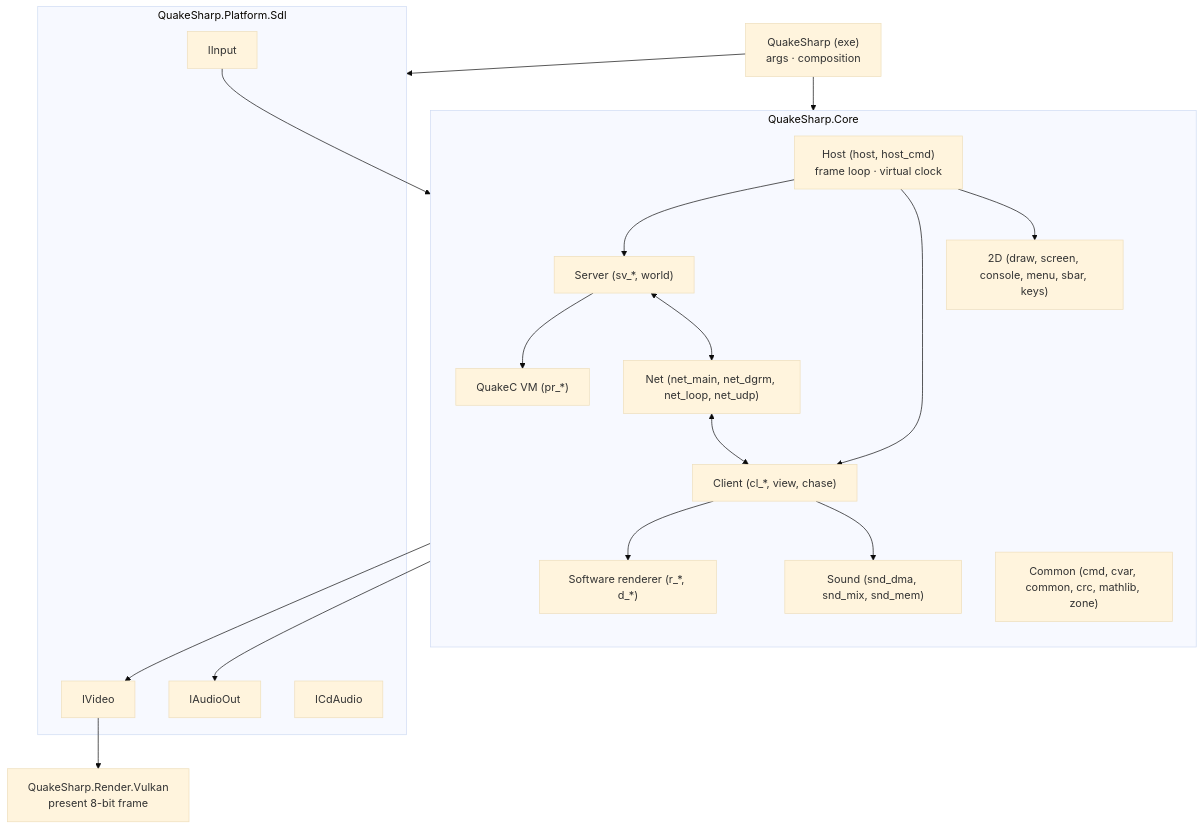
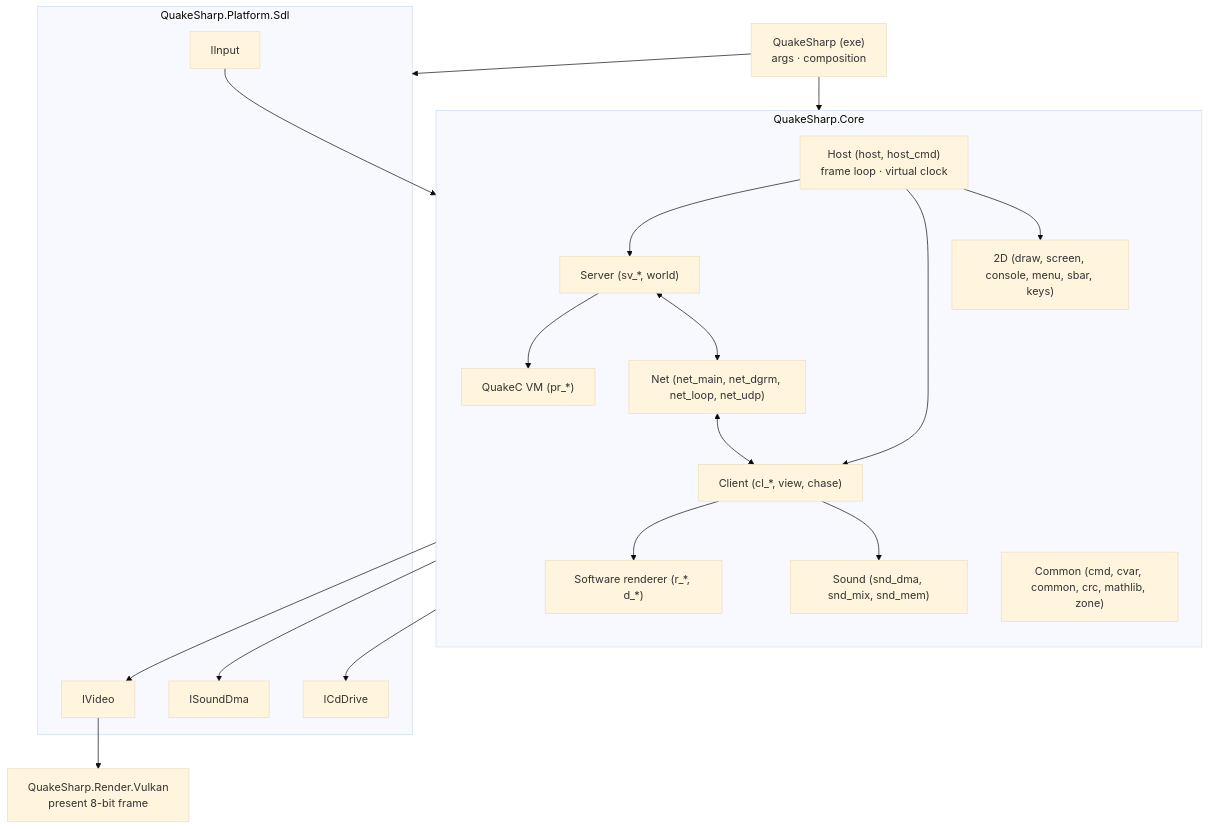
The diagram in design.md (MTurnhout/QuakeSharp), drawn with Mermaid (base theme) before and after one commit. The commit also changed other lines of this file, not shown here.

````diff
--- a/design.md
+++ b/design.md
@@ -197,32 +198,33 @@
 ```mermaid
 flowchart TB
     App["QuakeSharp (exe)<br/>args · composition"]
     subgraph Core["QuakeSharp.Core"]
         direction TB
         H["Host (host, host_cmd)<br/>frame loop · virtual clock"]
         C["Common (cmd, cvar, common, crc, mathlib, zone)"]
         PR["QuakeC VM (pr_*)"]
         SV["Server (sv_*, world)"]
         CL["Client (cl_*, view, chase)"]
         R["Software renderer (r_*, d_*)"]
         UI["2D (draw, screen, console, menu, sbar, keys)"]
         S["Sound (snd_dma, snd_mix, snd_mem)"]
         N["Net (net_main, net_dgrm, net_loop, net_udp)"]
     end
     subgraph Platform["QuakeSharp.Platform.Sdl"]
         V["IVideo"]
         I["IInput"]
-        AO["IAudioOut"]
-        CD["ICdAudio"]
+        AO["ISoundDma"]
+        CD["ICdDrive"]
     end
     VK["QuakeSharp.Render.Vulkan<br/>present 8-bit frame"]
     App --> Core
     App --> Platform
     H --> SV --> PR
     H --> CL --> R
     H --> UI
     SV <--> N <--> CL
     CL --> S --> AO
+    S --> CD
     R --> V --> VK
     I --> H
 ```
````
